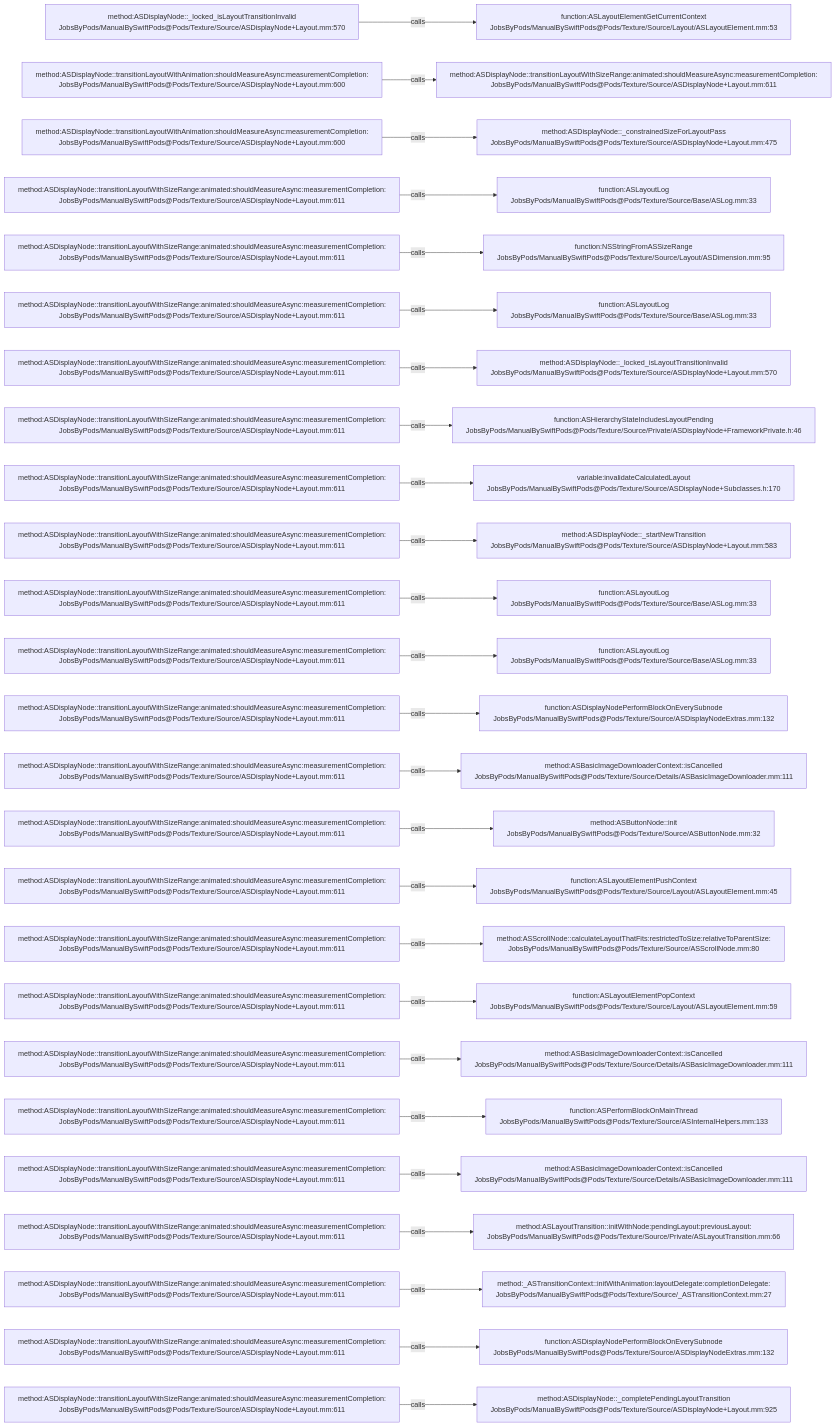
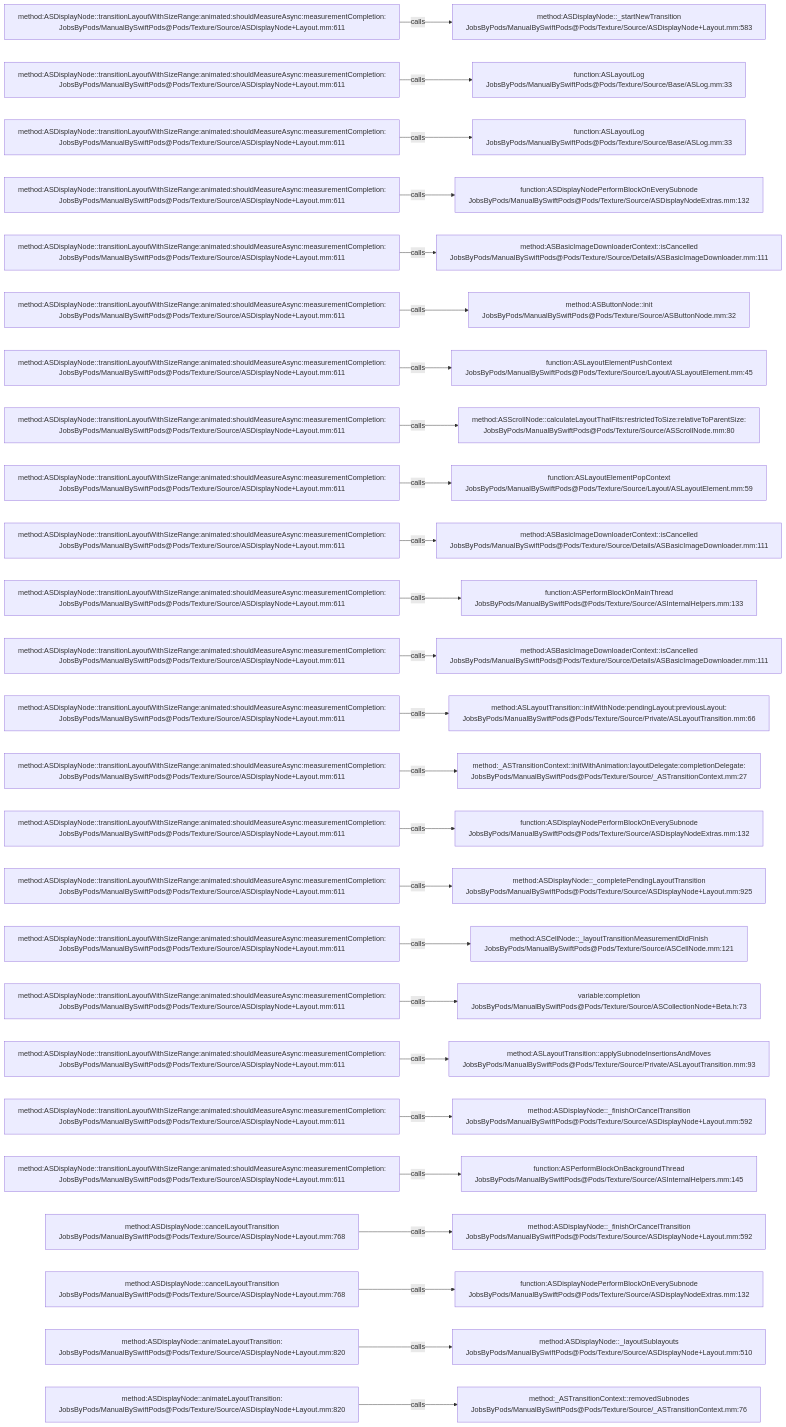
The diagram in .codegraph/codegraph.md/graphs/calls-023.md (JobsKits/JobsSwiftBaseConfigDemo), drawn with Mermaid before and after one commit. The commit also changed 707 other files, not shown here.

````diff
--- a/.codegraph/codegraph.md/graphs/calls-023.md
+++ b/.codegraph/codegraph.md/graphs/calls-023.md
@@ -13,78 +13,78 @@
 ```mermaid
 flowchart LR
-  S1["method:ASDisplayNode::_locked_isLayoutTransitionInvalid<br/>JobsByPods/ManualBySwiftPods@Pods/Texture/Source/ASDisplayNode+Layout.mm:570"]
-  T1["function:ASLayoutElementGetCurrentContext<br/>JobsByPods/ManualBySwiftPods@Pods/Texture/Source/Layout/ASLayoutElement.mm:53"]
+  S1["method:ASDisplayNode::transitionLayoutWithSizeRange:animated:shouldMeasureAsync:measurementCompletion:<br/>JobsByPods/ManualBySwiftPods@Pods/Texture/Source/ASDisplayNode+Layout.mm:611"]
+  T1["method:ASDisplayNode::_startNewTransition<br/>JobsByPods/ManualBySwiftPods@Pods/Texture/Source/ASDisplayNode+Layout.mm:583"]
   S1 -->|calls| T1
-  S2["method:ASDisplayNode::transitionLayoutWithAnimation:shouldMeasureAsync:measurementCompletion:<br/>JobsByPods/ManualBySwiftPods@Pods/Texture/Source/ASDisplayNode+Layout.mm:600"]
-  T2["method:ASDisplayNode::transitionLayoutWithSizeRange:animated:shouldMeasureAsync:measurementCompletion:<br/>JobsByPods/ManualBySwiftPods@Pods/Texture/Source/ASDisplayNode+Layout.mm:611"]
+  S2["method:ASDisplayNode::transitionLayoutWithSizeRange:animated:shouldMeasureAsync:measurementCompletion:<br/>JobsByPods/ManualBySwiftPods@Pods/Texture/Source/ASDisplayNode+Layout.mm:611"]
+  T2["function:ASLayoutLog<br/>JobsByPods/ManualBySwiftPods@Pods/Texture/Source/Base/ASLog.mm:33"]
   S2 -->|calls| T2
-  S3["method:ASDisplayNode::transitionLayoutWithAnimation:shouldMeasureAsync:measurementCompletion:<br/>JobsByPods/ManualBySwiftPods@Pods/Texture/Source/ASDisplayNode+Layout.mm:600"]
-  T3["method:ASDisplayNode::_constrainedSizeForLayoutPass<br/>JobsByPods/ManualBySwiftPods@Pods/Texture/Source/ASDisplayNode+Layout.mm:475"]
+  S3["method:ASDisplayNode::transitionLayoutWithSizeRange:animated:shouldMeasureAsync:measurementCompletion:<br/>JobsByPods/ManualBySwiftPods@Pods/Texture/Source/ASDisplayNode+Layout.mm:611"]
+  T3["function:ASLayoutLog<br/>JobsByPods/ManualBySwiftPods@Pods/Texture/Source/Base/ASLog.mm:33"]
   S3 -->|calls| T3
   S4["method:ASDisplayNode::transitionLayoutWithSizeRange:animated:shouldMeasureAsync:measurementCompletion:<br/>JobsByPods/ManualBySwiftPods@Pods/Texture/Source/ASDisplayNode+Layout.mm:611"]
-  T4["function:ASLayoutLog<br/>JobsByPods/ManualBySwiftPods@Pods/Texture/Source/Base/ASLog.mm:33"]
+  T4["function:ASDisplayNodePerformBlockOnEverySubnode<br/>JobsByPods/ManualBySwiftPods@Pods/Texture/Source/ASDisplayNodeExtras.mm:132"]
   S4 -->|calls| T4
   S5["method:ASDisplayNode::transitionLayoutWithSizeRange:animated:shouldMeasureAsync:measurementCompletion:<br/>JobsByPods/ManualBySwiftPods@Pods/Texture/Source/ASDisplayNode+Layout.mm:611"]
-  T5["function:NSStringFromASSizeRange<br/>JobsByPods/ManualBySwiftPods@Pods/Texture/Source/Layout/ASDimension.mm:95"]
+  T5["method:ASBasicImageDownloaderContext::isCancelled<br/>JobsByPods/ManualBySwiftPods@Pods/Texture/Source/Details/ASBasicImageDownloader.mm:111"]
   S5 -->|calls| T5
   S6["method:ASDisplayNode::transitionLayoutWithSizeRange:animated:shouldMeasureAsync:measurementCompletion:<br/>JobsByPods/ManualBySwiftPods@Pods/Texture/Source/ASDisplayNode+Layout.mm:611"]
-  T6["function:ASLayoutLog<br/>JobsByPods/ManualBySwiftPods@Pods/Texture/Source/Base/ASLog.mm:33"]
+  T6["method:ASButtonNode::init<br/>JobsByPods/ManualBySwiftPods@Pods/Texture/Source/ASButtonNode.mm:32"]
   S6 -->|calls| T6
   S7["method:ASDisplayNode::transitionLayoutWithSizeRange:animated:shouldMeasureAsync:measurementCompletion:<br/>JobsByPods/ManualBySwiftPods@Pods/Texture/Source/ASDisplayNode+Layout.mm:611"]
-  T7["method:ASDisplayNode::_locked_isLayoutTransitionInvalid<br/>JobsByPods/ManualBySwiftPods@Pods/Texture/Source/ASDisplayNode+Layout.mm:570"]
+  T7["function:ASLayoutElementPushContext<br/>JobsByPods/ManualBySwiftPods@Pods/Texture/Source/Layout/ASLayoutElement.mm:45"]
   S7 -->|calls| T7
   S8["method:ASDisplayNode::transitionLayoutWithSizeRange:animated:shouldMeasureAsync:measurementCompletion:<br/>JobsByPods/ManualBySwiftPods@Pods/Texture/Source/ASDisplayNode+Layout.mm:611"]
-  T8["function:ASHierarchyStateIncludesLayoutPending<br/>JobsByPods/ManualBySwiftPods@Pods/Texture/Source/Private/ASDisplayNode+FrameworkPrivate.h:46"]
+  T8["method:ASScrollNode::calculateLayoutThatFits:restrictedToSize:relativeToParentSize:<br/>JobsByPods/ManualBySwiftPods@Pods/Texture/Source/ASScrollNode.mm:80"]
   S8 -->|calls| T8
   S9["method:ASDisplayNode::transitionLayoutWithSizeRange:animated:shouldMeasureAsync:measurementCompletion:<br/>JobsByPods/ManualBySwiftPods@Pods/Texture/Source/ASDisplayNode+Layout.mm:611"]
-  T9["variable:invalidateCalculatedLayout<br/>JobsByPods/ManualBySwiftPods@Pods/Texture/Source/ASDisplayNode+Subclasses.h:170"]
+  T9["function:ASLayoutElementPopContext<br/>JobsByPods/ManualBySwiftPods@Pods/Texture/Source/Layout/ASLayoutElement.mm:59"]
   S9 -->|calls| T9
   S10["method:ASDisplayNode::transitionLayoutWithSizeRange:animated:shouldMeasureAsync:measurementCompletion:<br/>JobsByPods/ManualBySwiftPods@Pods/Texture/Source/ASDisplayNode+Layout.mm:611"]
-  T10["method:ASDisplayNode::_startNewTransition<br/>JobsByPods/ManualBySwiftPods@Pods/Texture/Source/ASDisplayNode+Layout.mm:583"]
+  T10["method:ASBasicImageDownloaderContext::isCancelled<br/>JobsByPods/ManualBySwiftPods@Pods/Texture/Source/Details/ASBasicImageDownloader.mm:111"]
   S10 -->|calls| T10
   S11["method:ASDisplayNode::transitionLayoutWithSizeRange:animated:shouldMeasureAsync:measurementCompletion:<br/>JobsByPods/ManualBySwiftPods@Pods/Texture/Source/ASDisplayNode+Layout.mm:611"]
-  T11["function:ASLayoutLog<br/>JobsByPods/ManualBySwiftPods@Pods/Texture/Source/Base/ASLog.mm:33"]
+  T11["function:ASPerformBlockOnMainThread<br/>JobsByPods/ManualBySwiftPods@Pods/Texture/Source/ASInternalHelpers.mm:133"]
   S11 -->|calls| T11
   S12["method:ASDisplayNode::transitionLayoutWithSizeRange:animated:shouldMeasureAsync:measurementCompletion:<br/>JobsByPods/ManualBySwiftPods@Pods/Texture/Source/ASDisplayNode+Layout.mm:611"]
-  T12["function:ASLayoutLog<br/>JobsByPods/ManualBySwiftPods@Pods/Texture/Source/Base/ASLog.mm:33"]
+  T12["method:ASBasicImageDownloaderContext::isCancelled<br/>JobsByPods/ManualBySwiftPods@Pods/Texture/Source/Details/ASBasicImageDownloader.mm:111"]
   S12 -->|calls| T12
   S13["method:ASDisplayNode::transitionLayoutWithSizeRange:animated:shouldMeasureAsync:measurementCompletion:<br/>JobsByPods/ManualBySwiftPods@Pods/Texture/Source/ASDisplayNode+Layout.mm:611"]
-  T13["function:ASDisplayNodePerformBlockOnEverySubnode<br/>JobsByPods/ManualBySwiftPods@Pods/Texture/Source/ASDisplayNodeExtras.mm:132"]
+  T13["method:ASLayoutTransition::initWithNode:pendingLayout:previousLayout:<br/>JobsByPods/ManualBySwiftPods@Pods/Texture/Source/Private/ASLayoutTransition.mm:66"]
   S13 -->|calls| T13
   S14["method:ASDisplayNode::transitionLayoutWithSizeRange:animated:shouldMeasureAsync:measurementCompletion:<br/>JobsByPods/ManualBySwiftPods@Pods/Texture/Source/ASDisplayNode+Layout.mm:611"]
-  T14["method:ASBasicImageDownloaderContext::isCancelled<br/>JobsByPods/ManualBySwiftPods@Pods/Texture/Source/Details/ASBasicImageDownloader.mm:111"]
+  T14["method:_ASTransitionContext::initWithAnimation:layoutDelegate:completionDelegate:<br/>JobsByPods/ManualBySwiftPods@Pods/Texture/Source/_ASTransitionContext.mm:27"]
   S14 -->|calls| T14
   S15["method:ASDisplayNode::transitionLayoutWithSizeRange:animated:shouldMeasureAsync:measurementCompletion:<br/>JobsByPods/ManualBySwiftPods@Pods/Texture/Source/ASDisplayNode+Layout.mm:611"]
-  T15["method:ASButtonNode::init<br/>JobsByPods/ManualBySwiftPods@Pods/Texture/Source/ASButtonNode.mm:32"]
+  T15["function:ASDisplayNodePerformBlockOnEverySubnode<br/>JobsByPods/ManualBySwiftPods@Pods/Texture/Source/ASDisplayNodeExtras.mm:132"]
   S15 -->|calls| T15
   S16["method:ASDisplayNode::transitionLayoutWithSizeRange:animated:shouldMeasureAsync:measurementCompletion:<br/>JobsByPods/ManualBySwiftPods@Pods/Texture/Source/ASDisplayNode+Layout.mm:611"]
-  T16["function:ASLayoutElementPushContext<br/>JobsByPods/ManualBySwiftPods@Pods/Texture/Source/Layout/ASLayoutElement.mm:45"]
+  T16["method:ASDisplayNode::_completePendingLayoutTransition<br/>JobsByPods/ManualBySwiftPods@Pods/Texture/Source/ASDisplayNode+Layout.mm:925"]
   S16 -->|calls| T16
   S17["method:ASDisplayNode::transitionLayoutWithSizeRange:animated:shouldMeasureAsync:measurementCompletion:<br/>JobsByPods/ManualBySwiftPods@Pods/Texture/Source/ASDisplayNode+Layout.mm:611"]
-  T17["method:ASScrollNode::calculateLayoutThatFits:restrictedToSize:relativeToParentSize:<br/>JobsByPods/ManualBySwiftPods@Pods/Texture/Source/ASScrollNode.mm:80"]
+  T17["method:ASCellNode::_layoutTransitionMeasurementDidFinish<br/>JobsByPods/ManualBySwiftPods@Pods/Texture/Source/ASCellNode.mm:121"]
   S17 -->|calls| T17
   S18["method:ASDisplayNode::transitionLayoutWithSizeRange:animated:shouldMeasureAsync:measurementCompletion:<br/>JobsByPods/ManualBySwiftPods@Pods/Texture/Source/ASDisplayNode+Layout.mm:611"]
-  T18["function:ASLayoutElementPopContext<br/>JobsByPods/ManualBySwiftPods@Pods/Texture/Source/Layout/ASLayoutElement.mm:59"]
+  T18["variable:completion<br/>JobsByPods/ManualBySwiftPods@Pods/Texture/Source/ASCollectionNode+Beta.h:73"]
   S18 -->|calls| T18
   S19["method:ASDisplayNode::transitionLayoutWithSizeRange:animated:shouldMeasureAsync:measurementCompletion:<br/>JobsByPods/ManualBySwiftPods@Pods/Texture/Source/ASDisplayNode+Layout.mm:611"]
-  T19["method:ASBasicImageDownloaderContext::isCancelled<br/>JobsByPods/ManualBySwiftPods@Pods/Texture/Source/Details/ASBasicImageDownloader.mm:111"]
+  T19["method:ASLayoutTransition::applySubnodeInsertionsAndMoves<br/>JobsByPods/ManualBySwiftPods@Pods/Texture/Source/Private/ASLayoutTransition.mm:93"]
   S19 -->|calls| T19
   S20["method:ASDisplayNode::transitionLayoutWithSizeRange:animated:shouldMeasureAsync:measurementCompletion:<br/>JobsByPods/ManualBySwiftPods@Pods/Texture/Source/ASDisplayNode+Layout.mm:611"]
-  T20["function:ASPerformBlockOnMainThread<br/>JobsByPods/ManualBySwiftPods@Pods/Texture/Source/ASInternalHelpers.mm:133"]
+  T20["method:ASDisplayNode::_finishOrCancelTransition<br/>JobsByPods/ManualBySwiftPods@Pods/Texture/Source/ASDisplayNode+Layout.mm:592"]
   S20 -->|calls| T20
   S21["method:ASDisplayNode::transitionLayoutWithSizeRange:animated:shouldMeasureAsync:measurementCompletion:<br/>JobsByPods/ManualBySwiftPods@Pods/Texture/Source/ASDisplayNode+Layout.mm:611"]
-  T21["method:ASBasicImageDownloaderContext::isCancelled<br/>JobsByPods/ManualBySwiftPods@Pods/Texture/Source/Details/ASBasicImageDownloader.mm:111"]
+  T21["function:ASPerformBlockOnBackgroundThread<br/>JobsByPods/ManualBySwiftPods@Pods/Texture/Source/ASInternalHelpers.mm:145"]
   S21 -->|calls| T21
-  S22["method:ASDisplayNode::transitionLayoutWithSizeRange:animated:shouldMeasureAsync:measurementCompletion:<br/>JobsByPods/ManualBySwiftPods@Pods/Texture/Source/ASDisplayNode+Layout.mm:611"]
-  T22["method:ASLayoutTransition::initWithNode:pendingLayout:previousLayout:<br/>JobsByPods/ManualBySwiftPods@Pods/Texture/Source/Private/ASLayoutTransition.mm:66"]
+  S22["method:ASDisplayNode::cancelLayoutTransition<br/>JobsByPods/ManualBySwiftPods@Pods/Texture/Source/ASDisplayNode+Layout.mm:768"]
+  T22["method:ASDisplayNode::_finishOrCancelTransition<br/>JobsByPods/ManualBySwiftPods@Pods/Texture/Source/ASDisplayNode+Layout.mm:592"]
   S22 -->|calls| T22
-  S23["method:ASDisplayNode::transitionLayoutWithSizeRange:animated:shouldMeasureAsync:measurementCompletion:<br/>JobsByPods/ManualBySwiftPods@Pods/Texture/Source/ASDisplayNode+Layout.mm:611"]
-  T23["method:_ASTransitionContext::initWithAnimation:layoutDelegate:completionDelegate:<br/>JobsByPods/ManualBySwiftPods@Pods/Texture/Source/_ASTransitionContext.mm:27"]
+  S23["method:ASDisplayNode::cancelLayoutTransition<br/>JobsByPods/ManualBySwiftPods@Pods/Texture/Source/ASDisplayNode+Layout.mm:768"]
+  T23["function:ASDisplayNodePerformBlockOnEverySubnode<br/>JobsByPods/ManualBySwiftPods@Pods/Texture/Source/ASDisplayNodeExtras.mm:132"]
   S23 -->|calls| T23
-  S24["method:ASDisplayNode::transitionLayoutWithSizeRange:animated:shouldMeasureAsync:measurementCompletion:<br/>JobsByPods/ManualBySwiftPods@Pods/Texture/Source/ASDisplayNode+Layout.mm:611"]
-  T24["function:ASDisplayNodePerformBlockOnEverySubnode<br/>JobsByPods/ManualBySwiftPods@Pods/Texture/Source/ASDisplayNodeExtras.mm:132"]
+  S24["method:ASDisplayNode::animateLayoutTransition:<br/>JobsByPods/ManualBySwiftPods@Pods/Texture/Source/ASDisplayNode+Layout.mm:820"]
+  T24["method:ASDisplayNode::_layoutSublayouts<br/>JobsByPods/ManualBySwiftPods@Pods/Texture/Source/ASDisplayNode+Layout.mm:510"]
   S24 -->|calls| T24
-  S25["method:ASDisplayNode::transitionLayoutWithSizeRange:animated:shouldMeasureAsync:measurementCompletion:<br/>JobsByPods/ManualBySwiftPods@Pods/Texture/Source/ASDisplayNode+Layout.mm:611"]
-  T25["method:ASDisplayNode::_completePendingLayoutTransition<br/>JobsByPods/ManualBySwiftPods@Pods/Texture/Source/ASDisplayNode+Layout.mm:925"]
+  S25["method:ASDisplayNode::animateLayoutTransition:<br/>JobsByPods/ManualBySwiftPods@Pods/Texture/Source/ASDisplayNode+Layout.mm:820"]
+  T25["method:_ASTransitionContext::removedSubnodes<br/>JobsByPods/ManualBySwiftPods@Pods/Texture/Source/_ASTransitionContext.mm:76"]
   S25 -->|calls| T25
 ```
````
